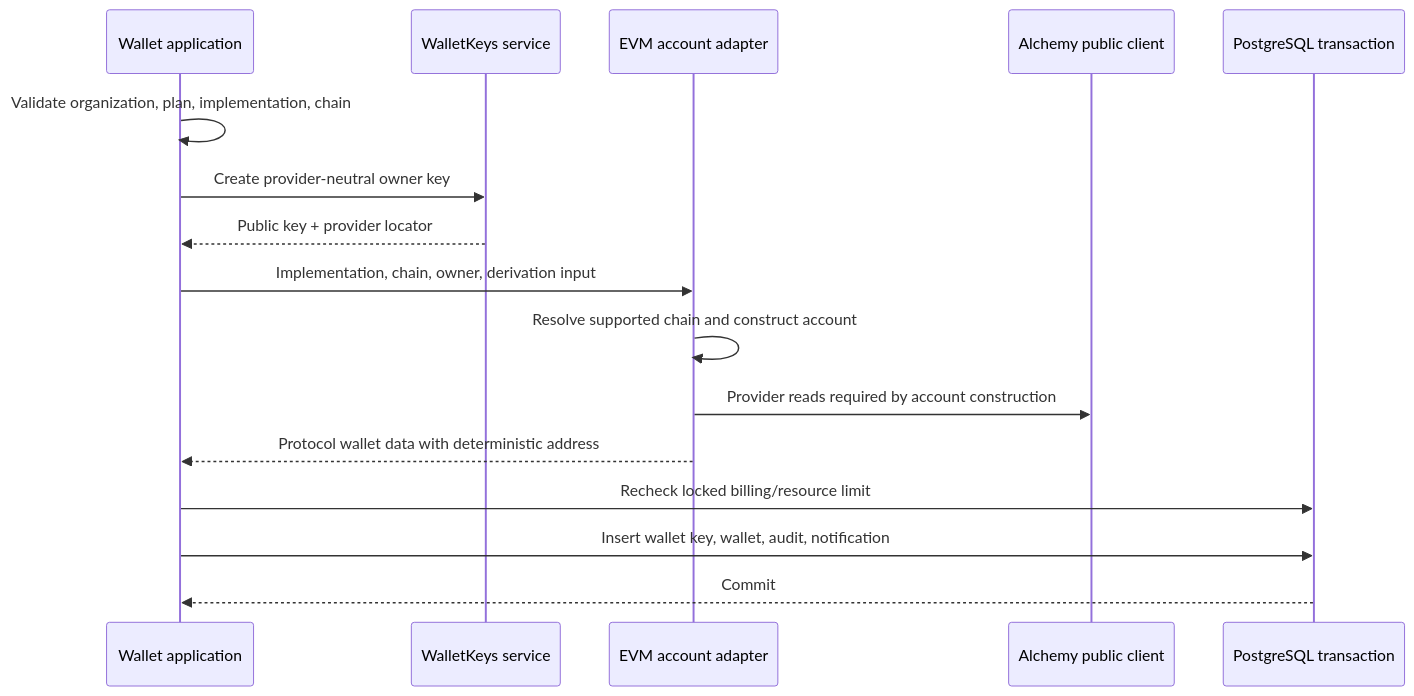
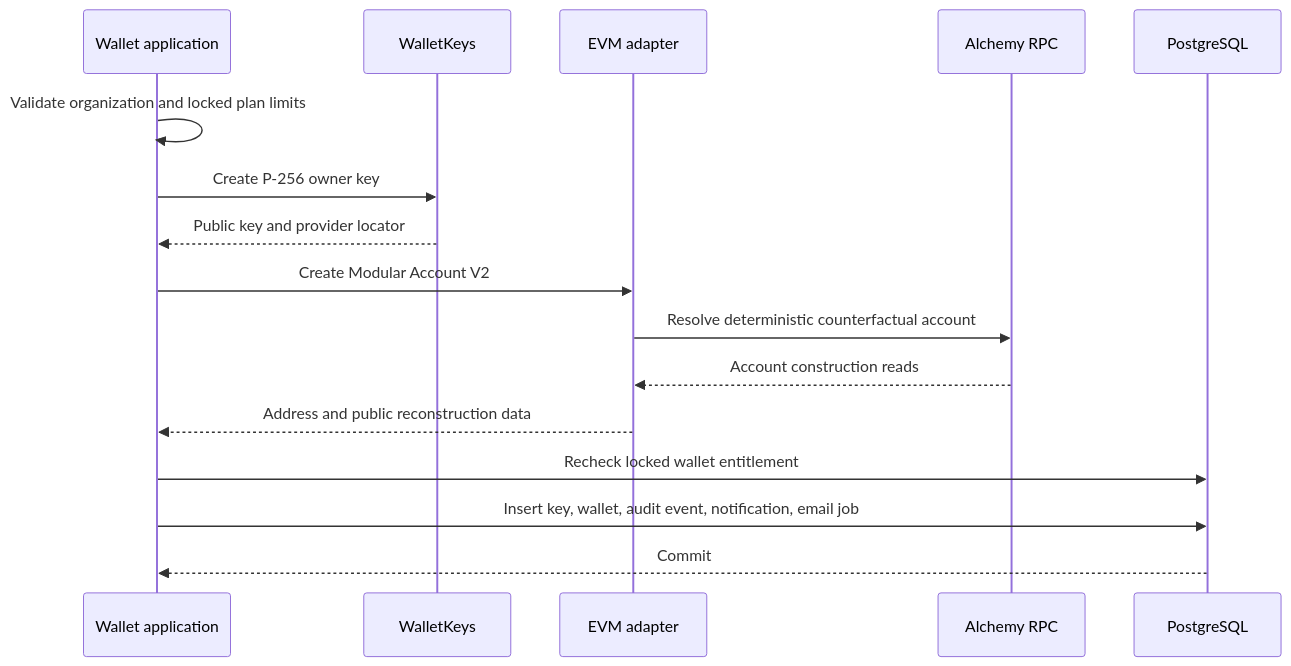
Before and after one commit to thenamespace/namera: the first of 2 diagrams in architecture/evm/accounts/README.md, drawn with Mermaid. The commit also changed other lines of this file and 79 other files, not shown here.

Commit message:
feat(evm): standardize on Alchemy modular accounts

````diff
--- a/architecture/evm/accounts/README.md
+++ b/architecture/evm/accounts/README.md
@@ -16,18 +30,18 @@
 ```mermaid
 sequenceDiagram
   participant App as Wallet application
-  participant Keys as WalletKeys service
-  participant EVM as EVM account adapter
-  participant RPC as Alchemy public client
-  participant DB as PostgreSQL transaction
-  App->>App: Validate organization, plan, implementation, chain
-  App->>Keys: Create provider-neutral owner key
-  Keys-->>App: Public key + provider locator
-  App->>EVM: Implementation, chain, owner, derivation input
-  EVM->>EVM: Resolve supported chain and construct account
-  EVM->>RPC: Provider reads required by account construction
-  EVM-->>App: Protocol wallet data with deterministic address
-  App->>DB: Recheck locked billing/resource limit
-  App->>DB: Insert wallet key, wallet, audit, notification
+  participant Keys as WalletKeys
+  participant EVM as EVM adapter
+  participant Alchemy as Alchemy RPC
+  participant DB as PostgreSQL
+  App->>App: Validate organization and locked plan limits
+  App->>Keys: Create P-256 owner key
+  Keys-->>App: Public key and provider locator
+  App->>EVM: Create Modular Account V2
+  EVM->>Alchemy: Resolve deterministic counterfactual account
+  Alchemy-->>EVM: Account construction reads
+  EVM-->>App: Address and public reconstruction data
+  App->>DB: Recheck locked wallet entitlement
+  App->>DB: Insert key, wallet, audit event, notification, email job
   DB-->>App: Commit
 ```
````
